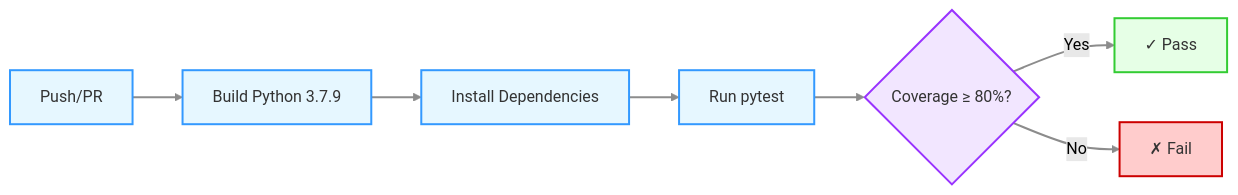
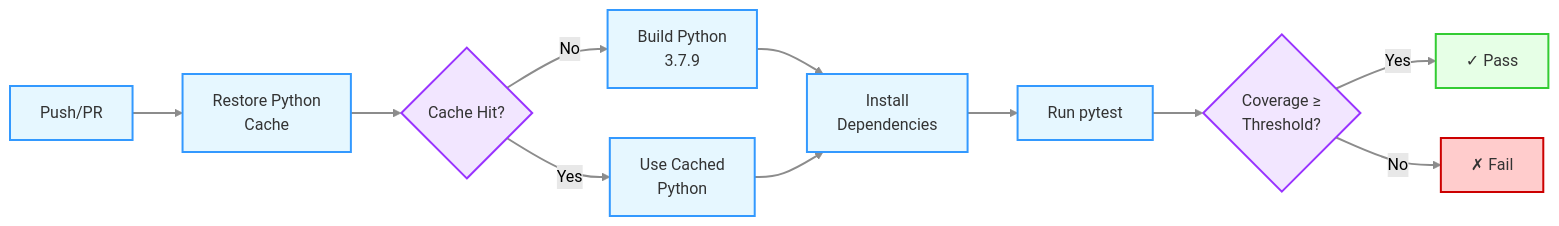
One commit to minouris/spafw37 changed the second of 18 diagrams in .github/RELEASE_PROCESS.md. Above: the diagram before and after it, drawn with Mermaid (forest theme). The commit also changed other lines of this file, not shown here.

````diff
--- a/.github/RELEASE_PROCESS.md
+++ b/.github/RELEASE_PROCESS.md
@@ -71,21 +162,25 @@
 ```mermaid
 flowchart LR
-    A[Push/PR] --> B[Build Python 3.7.9]
-    B --> C[Install Dependencies]
-    C --> D[Run pytest]
-    D --> E{Coverage ≥ 80%?}
-    E -->|Yes| F[✓ Pass]
-    E -->|No| G[✗ Fail]
+    A[Push/PR] --> B[Restore Python<br/>Cache]
+    B --> C{Cache Hit?}
+    C -->|No| D[Build Python<br/>3.7.9]
+    C -->|Yes| E[Use Cached<br/>Python]
+    D --> F[Install<br/>Dependencies]
+    E --> F
+    F --> G[Run pytest]
+    G --> H{Coverage ≥<br/>Threshold?}
+    H -->|Yes| I[✓ Pass]
+    H -->|No| J[✗ Fail]
     
     classDef processStyle fill:#e6f7ff,stroke:#3399ff,stroke-width:2px,color:#333
     classDef decisionStyle fill:#f2e6ff,stroke:#9933ff,stroke-width:2px,color:#333
     classDef successStyle fill:#e6ffe6,stroke:#33cc33,stroke-width:2px,color:#333
     classDef errorStyle fill:#ffcccc,stroke:#cc0000,stroke-width:2px,color:#333
     
-    class A,B,C,D processStyle
-    class E decisionStyle
-    class F successStyle
-    class G errorStyle
+    class A,B,D,E,F,G processStyle
+    class C,H decisionStyle
+    class I successStyle
+    class J errorStyle
     
     linkStyle default stroke:#8c8c8c,stroke-width:2px
 ```
````
